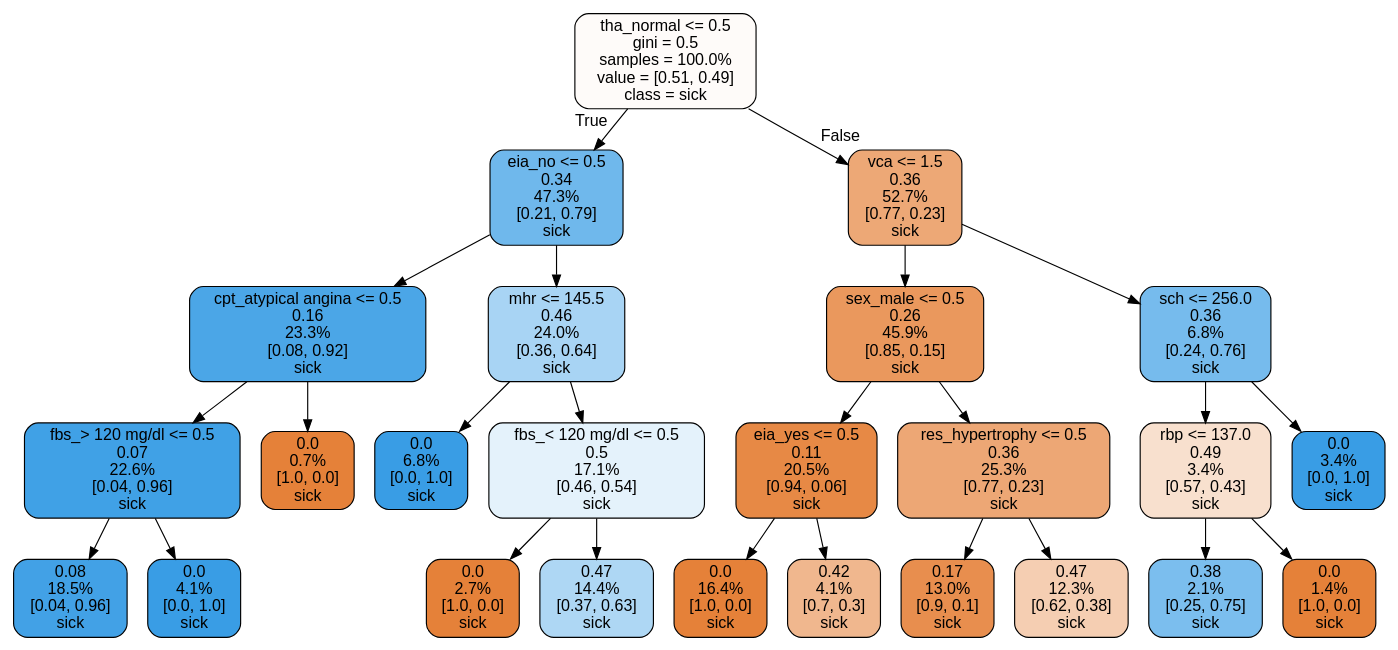
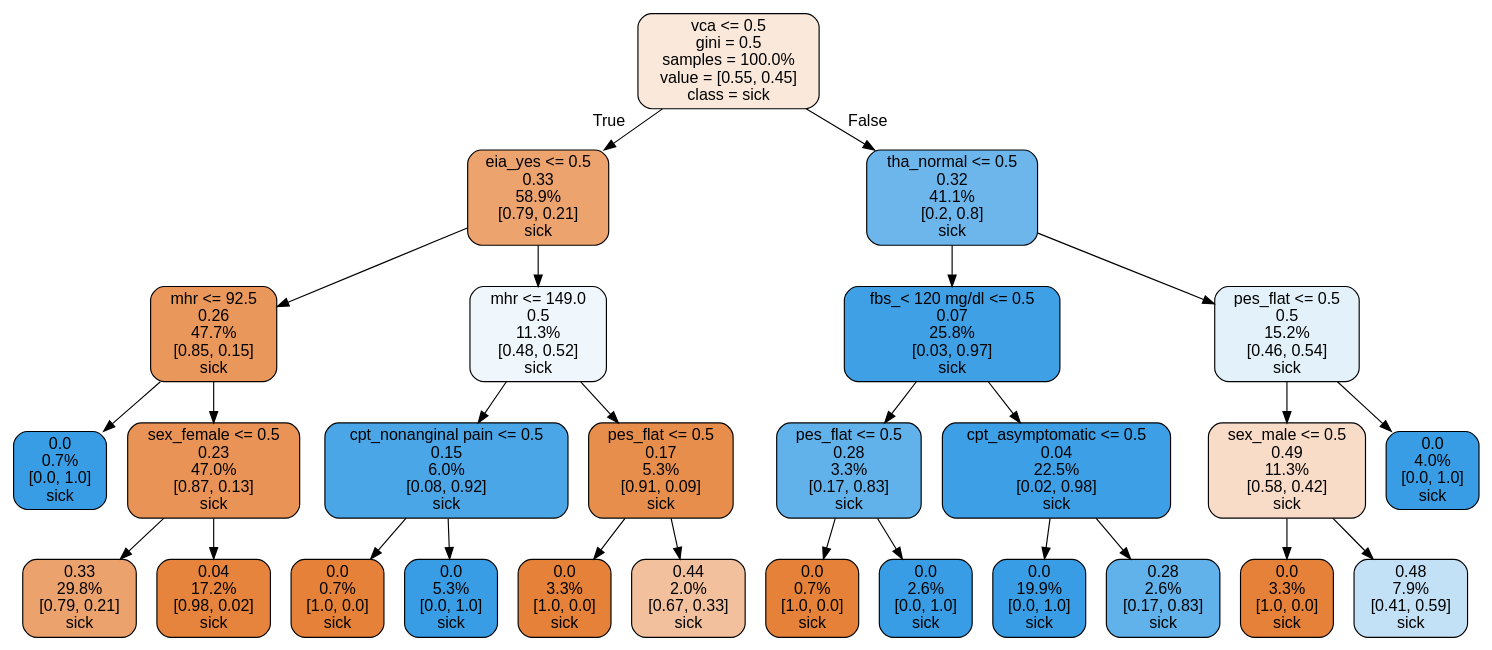
The diagram in dot/random_forest_tree.dot (ma6068/SU), drawn with Graphviz before and after one commit. The commit also changed 7 other files, not shown here.

```diff
--- a/dot/random_forest_tree.dot
+++ b/dot/random_forest_tree.dot
@@ -1,53 +1,57 @@
 digraph Tree {
 node [shape=box, style="filled, rounded", color="black", fontname="helvetica"] ;
 edge [fontname="helvetica"] ;
-0 [label="tha_normal <= 0.5\ngini = 0.5\nsamples = 100.0%\nvalue = [0.51, 0.49]\nclass = sick", fillcolor="#fefbf9"] ;
-1 [label="eia_no <= 0.5\n0.34\n47.3%\n[0.21, 0.79]\nsick", fillcolor="#6fb8ec"] ;
+0 [label="vca <= 0.5\ngini = 0.5\nsamples = 100.0%\nvalue = [0.55, 0.45]\nclass = sick", fillcolor="#fae8db"] ;
+1 [label="eia_yes <= 0.5\n0.33\n58.9%\n[0.79, 0.21]\nsick", fillcolor="#eca36e"] ;
 0 -> 1 [labeldistance=2.5, labelangle=45, headlabel="True"] ;
-2 [label="cpt_atypical angina <= 0.5\n0.16\n23.3%\n[0.08, 0.92]\nsick", fillcolor="#4ba6e7"] ;
+2 [label="mhr <= 92.5\n0.26\n47.7%\n[0.85, 0.15]\nsick", fillcolor="#ea975c"] ;
 1 -> 2 ;
-3 [label="fbs_> 120 mg/dl <= 0.5\n0.07\n22.6%\n[0.04, 0.96]\nsick", fillcolor="#40a1e6"] ;
+3 [label="0.0\n0.7%\n[0.0, 1.0]\nsick", fillcolor="#399de5"] ;
 2 -> 3 ;
-4 [label="0.08\n18.5%\n[0.04, 0.96]\nsick", fillcolor="#42a1e6"] ;
-3 -> 4 ;
-5 [label="0.0\n4.1%\n[0.0, 1.0]\nsick", fillcolor="#399de5"] ;
-3 -> 5 ;
-6 [label="0.0\n0.7%\n[1.0, 0.0]\nsick", fillcolor="#e58139"] ;
-2 -> 6 ;
-7 [label="mhr <= 145.5\n0.46\n24.0%\n[0.36, 0.64]\nsick", fillcolor="#a8d4f4"] ;
+4 [label="sex_female <= 0.5\n0.23\n47.0%\n[0.87, 0.13]\nsick", fillcolor="#e99456"] ;
+2 -> 4 ;
+5 [label="0.33\n29.8%\n[0.79, 0.21]\nsick", fillcolor="#eca26d"] ;
+4 -> 5 ;
+6 [label="0.04\n17.2%\n[0.98, 0.02]\nsick", fillcolor="#e6843d"] ;
+4 -> 6 ;
+7 [label="mhr <= 149.0\n0.5\n11.3%\n[0.48, 0.52]\nsick", fillcolor="#eff7fd"] ;
 1 -> 7 ;
-8 [label="0.0\n6.8%\n[0.0, 1.0]\nsick", fillcolor="#399de5"] ;
+8 [label="cpt_nonanginal pain <= 0.5\n0.15\n6.0%\n[0.08, 0.92]\nsick", fillcolor="#4ba6e7"] ;
 7 -> 8 ;
-9 [label="fbs_< 120 mg/dl <= 0.5\n0.5\n17.1%\n[0.46, 0.54]\nsick", fillcolor="#e4f2fb"] ;
-7 -> 9 ;
-10 [label="0.0\n2.7%\n[1.0, 0.0]\nsick", fillcolor="#e58139"] ;
-9 -> 10 ;
-11 [label="0.47\n14.4%\n[0.37, 0.63]\nsick", fillcolor="#aed7f4"] ;
-9 -> 11 ;
-12 [label="vca <= 1.5\n0.36\n52.7%\n[0.77, 0.23]\nsick", fillcolor="#eda876"] ;
-0 -> 12 [labeldistance=2.5, labelangle=-45, headlabel="False"] ;
-13 [label="sex_male <= 0.5\n0.26\n45.9%\n[0.85, 0.15]\nsick", fillcolor="#ea985d"] ;
-12 -> 13 ;
-14 [label="eia_yes <= 0.5\n0.11\n20.5%\n[0.94, 0.06]\nsick", fillcolor="#e78945"] ;
-13 -> 14 ;
-15 [label="0.0\n16.4%\n[1.0, 0.0]\nsick", fillcolor="#e58139"] ;
+9 [label="0.0\n0.7%\n[1.0, 0.0]\nsick", fillcolor="#e58139"] ;
+8 -> 9 ;
+10 [label="0.0\n5.3%\n[0.0, 1.0]\nsick", fillcolor="#399de5"] ;
+8 -> 10 ;
+11 [label="pes_flat <= 0.5\n0.17\n5.3%\n[0.91, 0.09]\nsick", fillcolor="#e88e4d"] ;
+7 -> 11 ;
+12 [label="0.0\n3.3%\n[1.0, 0.0]\nsick", fillcolor="#e58139"] ;
+11 -> 12 ;
+13 [label="0.44\n2.0%\n[0.67, 0.33]\nsick", fillcolor="#f2c09c"] ;
+11 -> 13 ;
+14 [label="tha_normal <= 0.5\n0.32\n41.1%\n[0.2, 0.8]\nsick", fillcolor="#6cb6ec"] ;
+0 -> 14 [labeldistance=2.5, labelangle=-45, headlabel="False"] ;
+15 [label="fbs_< 120 mg/dl <= 0.5\n0.07\n25.8%\n[0.03, 0.97]\nsick", fillcolor="#40a0e6"] ;
 14 -> 15 ;
-16 [label="0.42\n4.1%\n[0.7, 0.3]\nsick", fillcolor="#f0b78e"] ;
-14 -> 16 ;
-17 [label="res_hypertrophy <= 0.5\n0.36\n25.3%\n[0.77, 0.23]\nsick", fillcolor="#eda775"] ;
-13 -> 17 ;
-18 [label="0.17\n13.0%\n[0.9, 0.1]\nsick", fillcolor="#e88e4e"] ;
-17 -> 18 ;
-19 [label="0.47\n12.3%\n[0.62, 0.38]\nsick", fillcolor="#f5ceb2"] ;
-17 -> 19 ;
-20 [label="sch <= 256.0\n0.36\n6.8%\n[0.24, 0.76]\nsick", fillcolor="#76bbed"] ;
-12 -> 20 ;
-21 [label="rbp <= 137.0\n0.49\n3.4%\n[0.57, 0.43]\nsick", fillcolor="#f8e0ce"] ;
-20 -> 21 ;
-22 [label="0.38\n2.1%\n[0.25, 0.75]\nsick", fillcolor="#7bbeee"] ;
-21 -> 22 ;
-23 [label="0.0\n1.4%\n[1.0, 0.0]\nsick", fillcolor="#e58139"] ;
-21 -> 23 ;
-24 [label="0.0\n3.4%\n[0.0, 1.0]\nsick", fillcolor="#399de5"] ;
-20 -> 24 ;
+16 [label="pes_flat <= 0.5\n0.28\n3.3%\n[0.17, 0.83]\nsick", fillcolor="#61b1ea"] ;
+15 -> 16 ;
+17 [label="0.0\n0.7%\n[1.0, 0.0]\nsick", fillcolor="#e58139"] ;
+16 -> 17 ;
+18 [label="0.0\n2.6%\n[0.0, 1.0]\nsick", fillcolor="#399de5"] ;
+16 -> 18 ;
+19 [label="cpt_asymptomatic <= 0.5\n0.04\n22.5%\n[0.02, 0.98]\nsick", fillcolor="#3d9fe6"] ;
+15 -> 19 ;
+20 [label="0.0\n19.9%\n[0.0, 1.0]\nsick", fillcolor="#399de5"] ;
+19 -> 20 ;
+21 [label="0.28\n2.6%\n[0.17, 0.83]\nsick", fillcolor="#61b1ea"] ;
+19 -> 21 ;
+22 [label="pes_flat <= 0.5\n0.5\n15.2%\n[0.46, 0.54]\nsick", fillcolor="#e3f1fb"] ;
+14 -> 22 ;
+23 [label="sex_male <= 0.5\n0.49\n11.3%\n[0.58, 0.42]\nsick", fillcolor="#f8dcc8"] ;
+22 -> 23 ;
+24 [label="0.0\n3.3%\n[1.0, 0.0]\nsick", fillcolor="#e58139"] ;
+23 -> 24 ;
+25 [label="0.48\n7.9%\n[0.41, 0.59]\nsick", fillcolor="#c2e1f7"] ;
+23 -> 25 ;
+26 [label="0.0\n4.0%\n[0.0, 1.0]\nsick", fillcolor="#399de5"] ;
+22 -> 26 ;
 }
```
